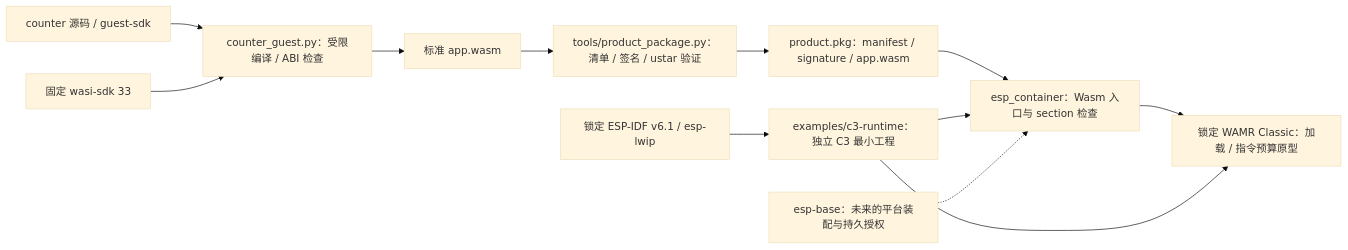
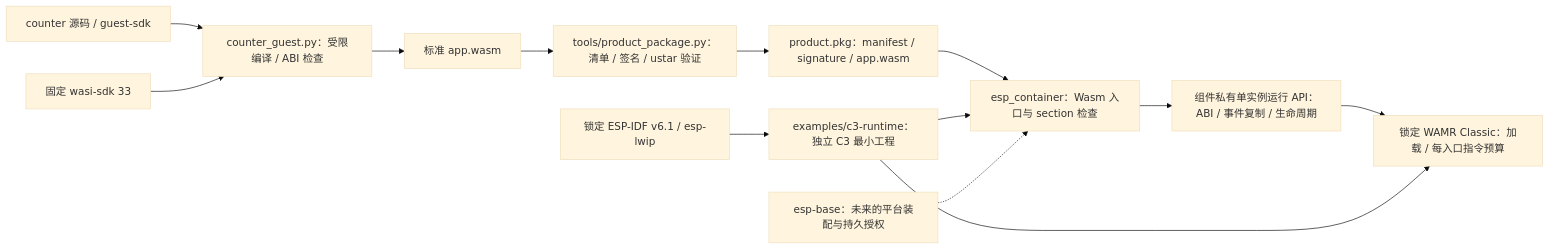
The diagram in README.md (darren-you/esp-container), drawn with Mermaid (base theme) before and after one commit. The commit also changed other lines of this file and 11 other files, not shown here.

````diff
--- a/README.md
+++ b/README.md
@@ -7,14 +7,15 @@
 ```mermaid
 flowchart LR
     product["counter 源码 / guest-sdk"] --> guest["counter_guest.py：受限编译 / ABI 检查"]
     wasi["固定 wasi-sdk 33"] --> guest
     guest --> wasm["标准 app.wasm"]
     wasm --> tool["tools/product_package.py：清单 / 签名 / ustar 验证"]
     tool --> pkg["product.pkg：manifest / signature / app.wasm"]
     pkg --> scanner["esp_container：Wasm 入口与 section 检查"]
-    scanner --> wamr["锁定 WAMR Classic：加载 / 指令预算原型"]
+    scanner --> runtime["组件私有单实例运行 API：ABI / 事件复制 / 生命周期"]
+    runtime --> wamr["锁定 WAMR Classic：加载 / 每入口指令预算"]
     sample["examples/c3-runtime：独立 C3 最小工程"] --> scanner
     sample --> wamr
     idf["锁定 ESP-IDF v6.1 / esp-lwip"] --> sample
     base["esp-base：未来的平台装配与持久授权"] -.-> scanner
 ```
````
